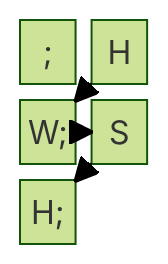
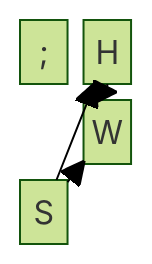
The diagram in README.md (cmcntsh/StatBayesAnalysisChecklist), drawn with Mermaid (forest theme) before and after one commit.

Commit message:
Update mermaid diagram syntax in README

````diff
--- a/README.md
+++ b/README.md
@@ -7,8 +7,9 @@
 ```mermaid
 block;
 columns 2;
-    H-->W;
-    S-->H;
-    S-->W;
+    H space W
+    H-->W
+    S-->H
+    S-->W
 
 ```
````
